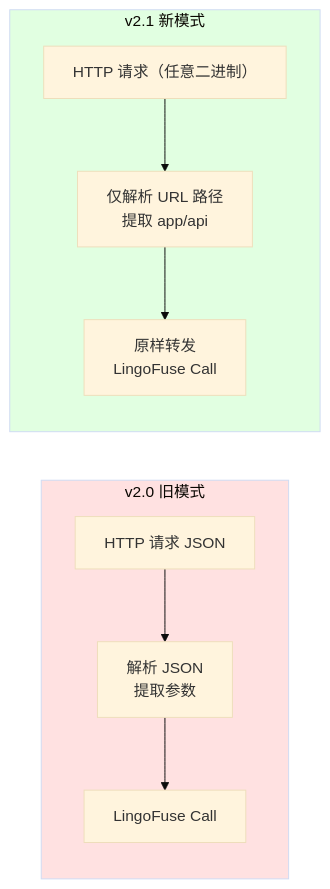
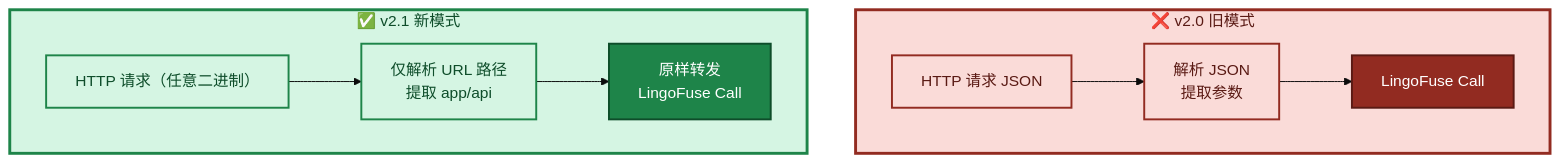
One commit to PassByYou888/LingoFuse-pasAgent changed the seventh of 16 diagrams in LingoFuse_Python_Binding_Migration_Record.md. Above: the diagram before and after it, drawn with Mermaid (base theme). The commit also changed other lines of this file, not shown here.

````diff
--- a/LingoFuse_Python_Binding_Migration_Record.md
+++ b/LingoFuse_Python_Binding_Migration_Record.md
@@ -238,15 +254,21 @@
 ```mermaid
-flowchart LR
-    subgraph Old["v2.0 旧模式"]
-        OldReq["HTTP 请求 JSON"] --> OldParse["解析 JSON<br/>提取参数"]
-        OldParse --> OldCall["LingoFuse Call"]
+flowchart TB
+    subgraph OLD["❌ v2.0 旧模式"]
+        O1["HTTP 请求 JSON"] --> O2["解析 JSON<br/>提取参数"]
+        O2 --> O3["LingoFuse Call"]
     end
 
-    subgraph New["v2.1 新模式"]
-        NewReq["HTTP 请求（任意二进制）"] --> NewPath["仅解析 URL 路径<br/>提取 app/api"]
-        NewPath --> NewCall["原样转发<br/>LingoFuse Call"]
+    subgraph NEW["✅ v2.1 新模式"]
+        N1["HTTP 请求（任意二进制）"] --> N2["仅解析 URL 路径<br/>提取 app/api"]
+        N2 --> N3["原样转发<br/>LingoFuse Call"]
     end
 
-    style Old fill:#ffe1e1
-    style New fill:#e1ffe1
+    style OLD fill:#FADBD8,stroke:#922B21,stroke-width:3px,color:#5A1A14
+    style NEW fill:#D5F5E3,stroke:#1E8449,stroke-width:3px,color:#0E4D2A
+    style O1 fill:#FADBD8,stroke:#922B21,stroke-width:2px,color:#5A1A14
+    style O2 fill:#FADBD8,stroke:#922B21,stroke-width:2px,color:#5A1A14
+    style O3 fill:#922B21,stroke:#5A1A14,stroke-width:2px,color:#FFFFFF
+    style N1 fill:#D5F5E3,stroke:#1E8449,stroke-width:2px,color:#0E4D2A
+    style N2 fill:#D5F5E3,stroke:#1E8449,stroke-width:2px,color:#0E4D2A
+    style N3 fill:#1E8449,stroke:#0E4D2A,stroke-width:2px,color:#FFFFFF
 ```
````
